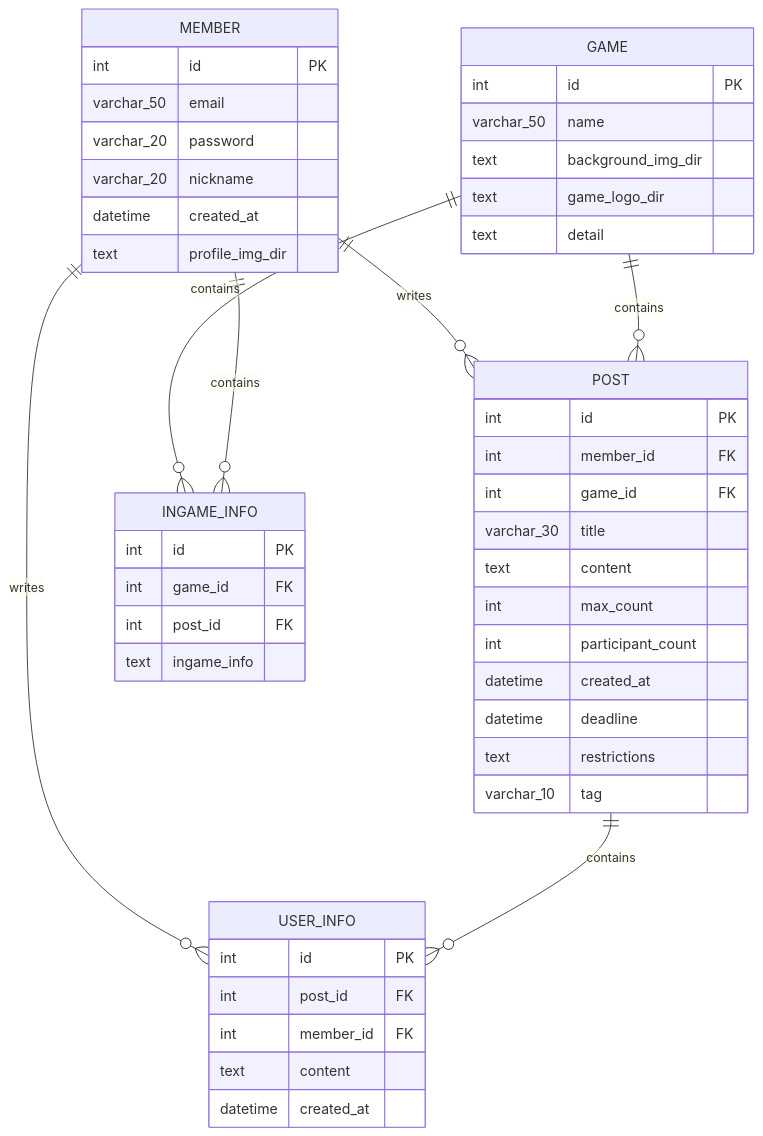
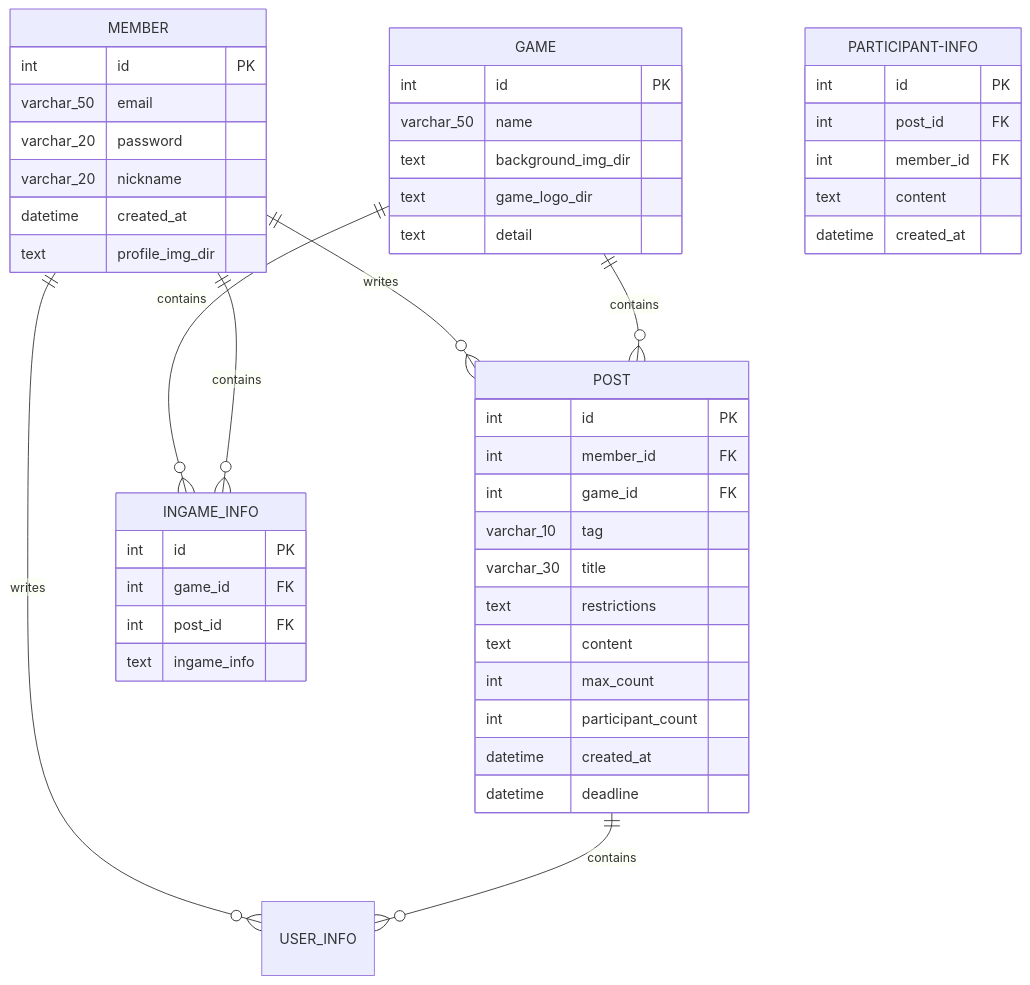
The diagram in docs/02_design/02_erd.md (ByungChanP/4I-s---Propject), drawn with Mermaid before and after one commit. The commit also changed 9 other files, not shown here.

````diff
--- a/docs/02_design/02_erd.md
+++ b/docs/02_design/02_erd.md
@@ -13,58 +13,60 @@
 ```mermaid
 erDiagram
     MEMBER ||--o{ POST : writes
     MEMBER ||--o{ USER_INFO : writes
     POST ||--o{ USER_INFO : contains
     GAME ||--o{ POST : contains
     GAME ||--o{ INGAME_INFO : contains
     MEMBER ||--o{ INGAME_INFO : contains
 
 
 
     MEMBER {
         int id PK
         varchar_50 email
         varchar_20 password
         varchar_20 nickname
         datetime created_at
         text profile_img_dir
     }
 
     POST {
         int id PK
         int member_id FK
         int game_id FK
+        varchar_10 tag
         varchar_30 title
+        text restrictions
         text content
         int max_count
         int participant_count
         datetime created_at
         datetime deadline
-        text restrictions
-        varchar_10 tag
+        
+        
     }
 
-    USER_INFO {
+    PARTICIPANT-INFO {
         int id PK
         int post_id FK
         int member_id FK
         text content
         datetime created_at
     }
 
     GAME {
         int id PK
         varchar_50 name
         text background_img_dir
         text game_logo_dir
         text detail  
     }
 
     INGAME_INFO{
         int id PK
         int game_id FK
         int post_id FK
         text ingame_info
     }
 
 ```
````
